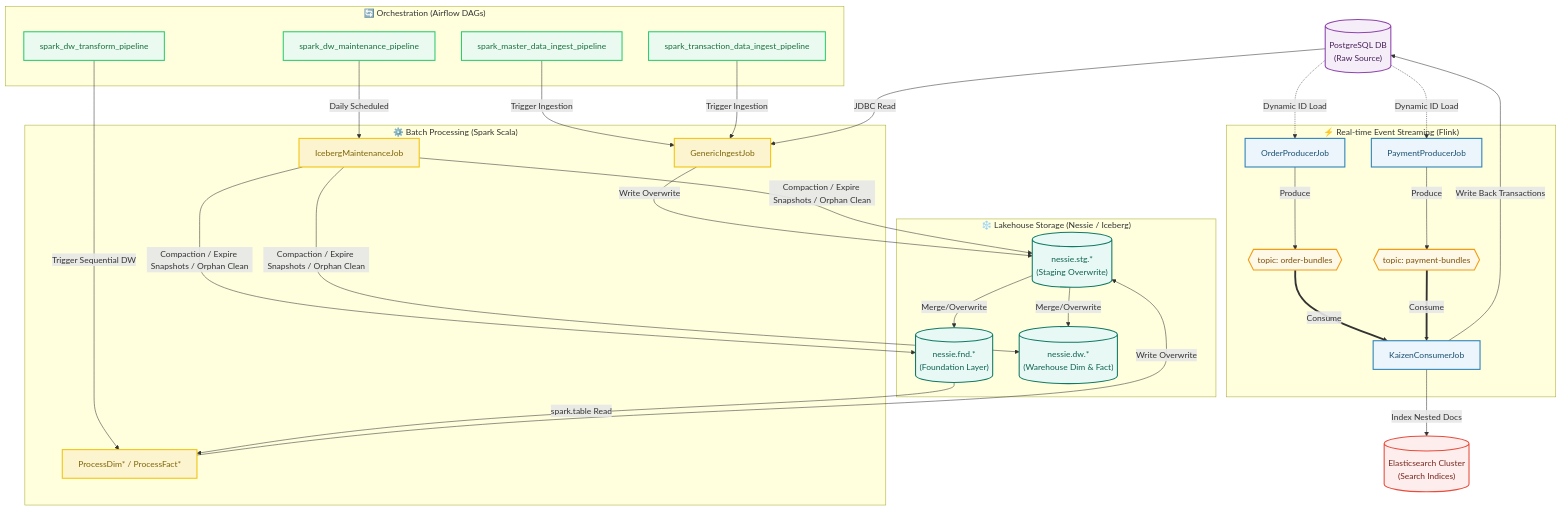
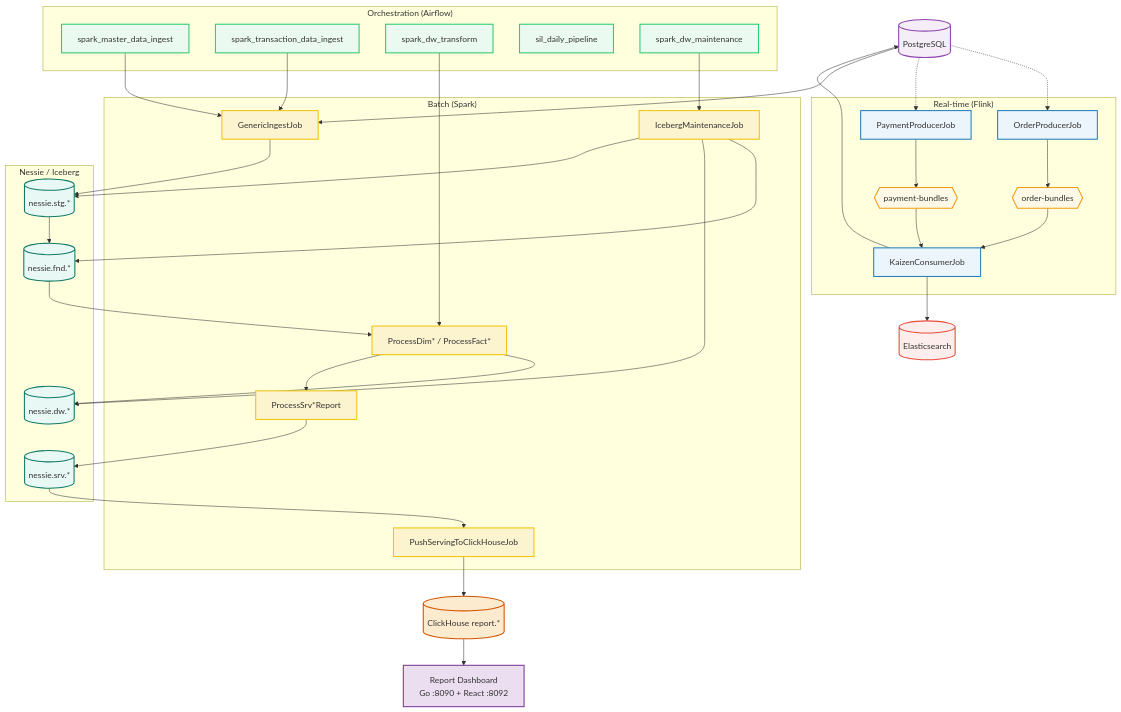
The diagram in README.md (tuancaokaizen/kaizen_data_platform), drawn with Mermaid before and after one commit. The commit also changed other lines of this file and 124 other files, not shown here.

````diff
--- a/README.md
+++ b/README.md
@@ -11,77 +28,79 @@
 ```mermaid
 flowchart TD
-    %% Styles & Classes Configuration
-    classDef airflow fill:#eafaf1,stroke:#2ecc71,stroke-width:2px,color:#196f3d;
-    classDef flink fill:#ebf5fb,stroke:#2980b9,stroke-width:2px,color:#1b4f72;
-    classDef kafka fill:#fef9e7,stroke:#f39c12,stroke-width:2px,color:#7e5109;
-    classDef postgres fill:#f5eef8,stroke:#8e44ad,stroke-width:2px,color:#4a235a;
-    classDef elastic fill:#fdedec,stroke:#e74c3c,stroke-width:2px,color:#78281f;
-    classDef spark fill:#fcf3cf,stroke:#f1c40f,stroke-width:2px,color:#7d6608;
-    classDef nessie fill:#e8f8f5,stroke:#117a65,stroke-width:2px,color:#0e6251;
+    classDef airflow fill:#eafaf1,stroke:#2ecc71,stroke-width:2px;
+    classDef flink fill:#ebf5fb,stroke:#2980b9,stroke-width:2px;
+    classDef kafka fill:#fef9e7,stroke:#f39c12,stroke-width:2px;
+    classDef postgres fill:#f5eef8,stroke:#8e44ad,stroke-width:2px;
+    classDef elastic fill:#fdedec,stroke:#e74c3c,stroke-width:2px;
+    classDef spark fill:#fcf3cf,stroke:#f1c40f,stroke-width:2px;
+    classDef nessie fill:#e8f8f5,stroke:#117a65,stroke-width:2px;
+    classDef clickhouse fill:#fdebd0,stroke:#d35400,stroke-width:2px;
+    classDef ui fill:#ebdef0,stroke:#7d3c98,stroke-width:2px;
 
-    %% Nodes Definitions
-    PG_RAW[("PostgreSQL DB<br/>(Raw Source)")]
+    PG_RAW[("PostgreSQL")]
     class PG_RAW postgres;
 
-    %% Phase 1: Real-time Flow
-    subgraph S_STREAM ["⚡ Real-time Event Streaming (Flink)"]
+    subgraph STREAM ["Real-time (Flink)"]
         OP["OrderProducerJob"]
         PP["PaymentProducerJob"]
-        T_ORDER{{"topic: order-bundles"}}
-        T_PAY{{"topic: payment-bundles"}}
         KC["KaizenConsumerJob"]
+        T_ORDER{{"order-bundles"}}
+        T_PAY{{"payment-bundles"}}
     end
     class OP,PP,KC flink;
     class T_ORDER,T_PAY kafka;
 
-    %% Phase 2: Batch Lakehouse Flow
-    subgraph S_AIRFLOW ["🔄 Orchestration (Airflow DAGs)"]
-        DAG_M["spark_master_data_ingest_pipeline"]
-        DAG_I["spark_transaction_data_ingest_pipeline"]
-        DAG_T["spark_dw_transform_pipeline"]
-        DAG_MA["spark_dw_maintenance_pipeline"]
+    subgraph ORCH ["Orchestration (Airflow)"]
+        DAG_M["spark_master_data_ingest"]
+        DAG_I["spark_transaction_data_ingest"]
+        DAG_T["spark_dw_transform"]
+        DAG_SIL["sil_daily_pipeline"]
+        DAG_MA["spark_dw_maintenance"]
     end
-    class DAG_M,DAG_I,DAG_T,DAG_MA airflow;
+    class DAG_M,DAG_I,DAG_T,DAG_SIL,DAG_MA airflow;
 
-    subgraph S_SPARK ["⚙️ Batch Processing (Spark Scala)"]
+    subgraph BATCH ["Batch (Spark)"]
         INGEST["GenericIngestJob"]
         TRANS["ProcessDim* / ProcessFact*"]
+        SRV["ProcessSrv*Report"]
+        PUSH["PushServingToClickHouseJob"]
         MAINT["IcebergMaintenanceJob"]
     end
-    class INGEST,TRANS,MAINT spark;
+    class INGEST,TRANS,SRV,PUSH,MAINT spark;
 
-    subgraph S_NESSIE ["❄️ Lakehouse Storage (Nessie / Iceberg)"]
-        STG[("nessie.stg.*<br/>(Staging Overwrite)")]
-        FND[("nessie.fnd.*<br/>(Foundation Layer)")]
-        DW[("nessie.dw.*<br/>(Warehouse Dim & Fact)")]
+    subgraph LAKE ["Nessie / Iceberg"]
+        STG[("nessie.stg.*")]
+        FND[("nessie.fnd.*")]
+        DW[("nessie.dw.*")]
+        SRV_TBL[("nessie.srv.*")]
     end
-    class STG,FND,DW nessie;
+    class STG,FND,DW,SRV_TBL nessie;
 
-    ES[("Elasticsearch Cluster<br/>(Search Indices)")]
+    CH[("ClickHouse report.*")]
+    class CH clickhouse;
+
+    UI["Report Dashboard<br/>Go :8090 + React :8092"]
+    class UI ui;
+
+    ES[("Elasticsearch")]
     class ES elastic;
 
-    %% Connections
-    %% Real-time
-    PG_RAW -.->|Dynamic ID Load| OP & PP
-    OP -->|Produce| T_ORDER
-    PP -->|Produce| T_PAY
-    T_ORDER & T_PAY ==>|Consume| KC
-    KC -->|Write Back Transactions| PG_RAW
-    KC -->|Index Nested Docs| ES
+    PG_RAW -.-> OP & PP
+    OP --> T_ORDER
+    PP --> T_PAY
+    T_ORDER & T_PAY --> KC
+    KC --> PG_RAW
+    KC --> ES
 
-    %% Ingestion
-    DAG_M & DAG_I -->|Trigger Ingestion| INGEST
-    PG_RAW -->|JDBC Read| INGEST
-    INGEST -->|Write Overwrite| STG
-    STG -->|Merge/Overwrite| FND
+    DAG_M & DAG_I --> INGEST
+    PG_RAW --> INGEST
+    INGEST --> STG --> FND
+    DAG_T --> TRANS
+    FND --> TRANS --> DW
+    TRANS --> SRV --> SRV_TBL
+    SRV_TBL --> PUSH --> CH
+    DAG_MA --> MAINT
+    MAINT --> FND & DW & STG
 
-    %% Transformation
-    DAG_T -->|Trigger Sequential DW| TRANS
-    FND -->|spark.table Read| TRANS
-    TRANS -->|Write Overwrite| STG
-    STG -->|Merge/Overwrite| DW
-
-    %% Maintenance
-    DAG_MA -->|Daily Scheduled| MAINT
-    MAINT -->|Compaction / Expire Snapshots / Orphan Clean| FND & DW & STG
+    CH --> UI
 ```
````
